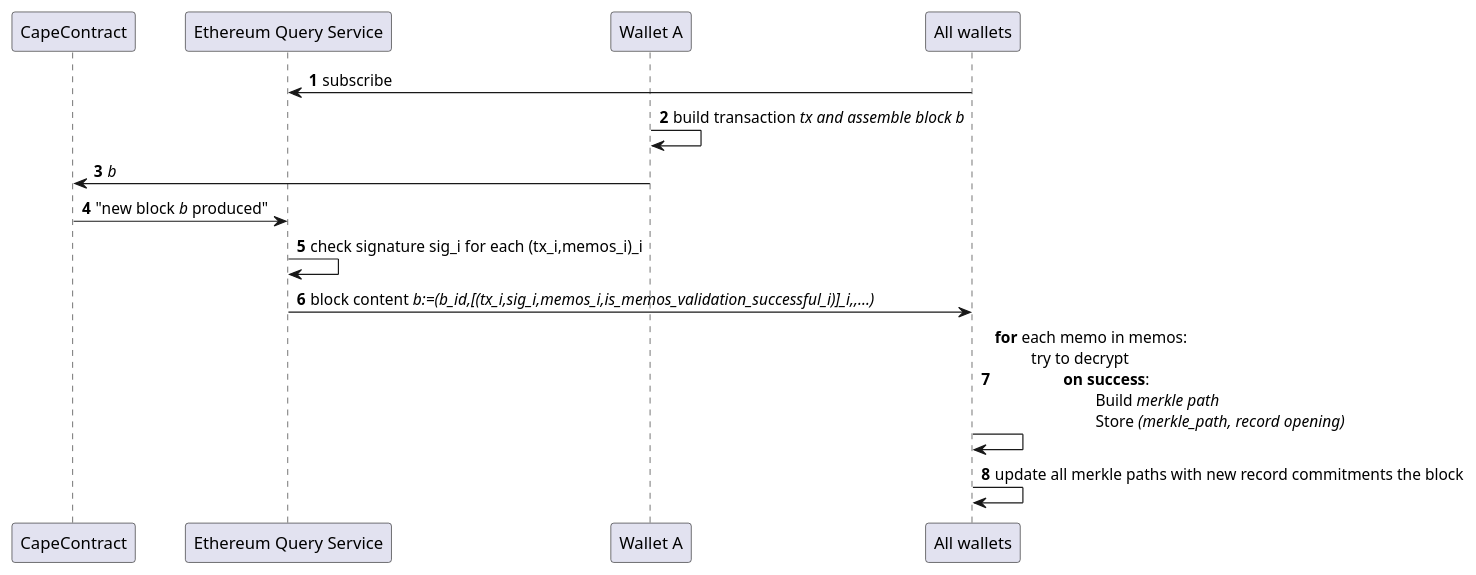
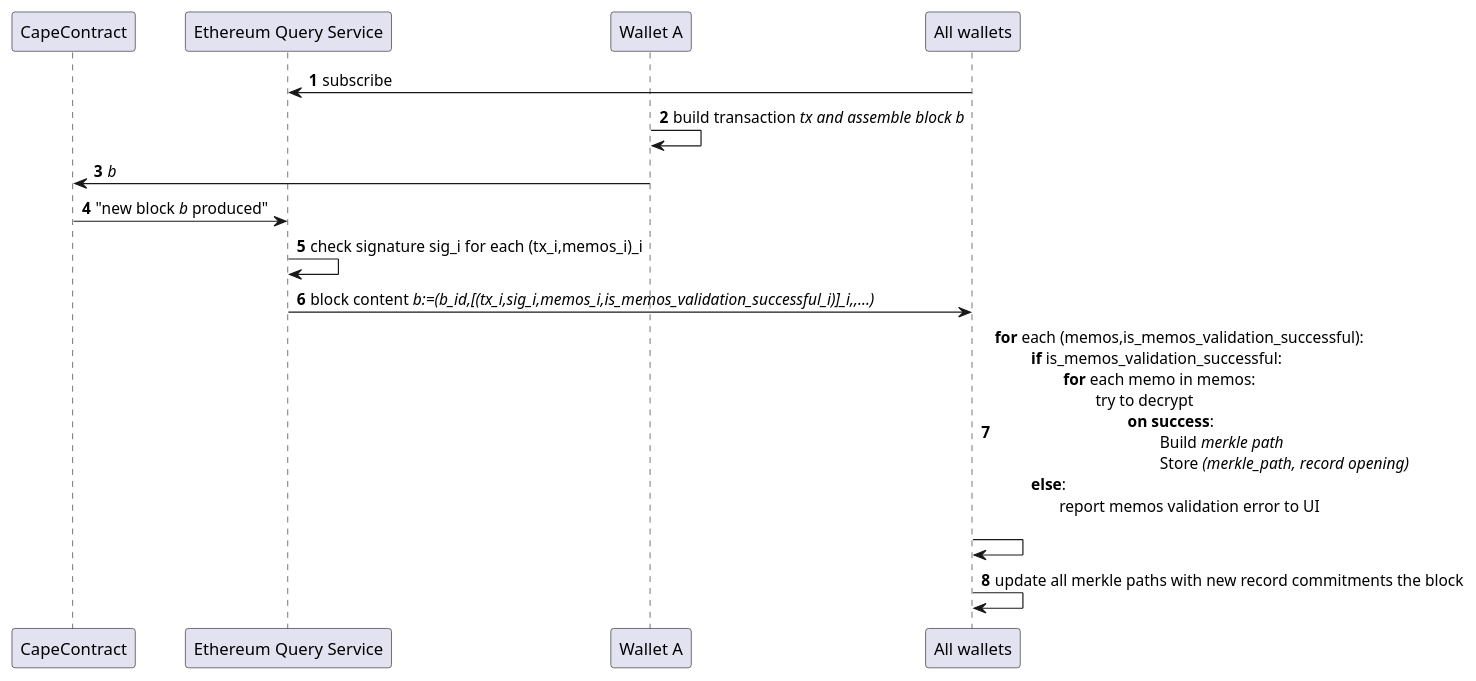
Before and after one commit to EspressoSystems/cape: the diagram in doc/notion/handling_memos_in_call_data_seq_diagram.puml, drawn with PlantUML.

Commit message:
Add verification of the memos by the wallets.

```diff
--- a/doc/notion/handling_memos_in_call_data_seq_diagram.puml
+++ b/doc/notion/handling_memos_in_call_data_seq_diagram.puml
@@ -1,16 +1,16 @@
 @startuml
 autonumber
 participant "CapeContract" as C
 participant "Ethereum Query Service" as EQS
 participant "Wallet A" as W_A
 participant "All wallets" as W_B
 
 W_B -> EQS: subscribe
 W_A -> W_A: build transaction <i>tx<i> and assemble block <i>b</i>
 W_A -> C: <i>b</i>
 C -> EQS: "new block <i>b</i> produced"
 EQS ->EQS: check signature sig_i for each (tx_i,memos_i)_i
 EQS -> W_B: block content <i>b:=(b_id,[(tx_i,sig_i,memos_i,is_memos_validation_successful_i)]_i,,...)</i>
-W_B -> W_B: <b>for</b> each memo in memos: \n \t try to decrypt \n  \t\t <b>on success</b>: \n \t\t\t Build <i>merkle path</i> \n \t\t\t Store <i>(merkle_path, record opening)</i>
+W_B -> W_B: <b>for</b> each (memos,is_memos_validation_successful): \n \t <b>if</b> is_memos_validation_successful: \n  \t\t <b>for</b> each memo in memos: \n \t\t\t try to decrypt \n  \t\t\t\t <b>on success</b>: \n \t\t\t\t\t Build <i>merkle path</i> \n \t\t\t\t\t Store <i>(merkle_path, record opening)</i> \n\t <b>else</b>: \n \t\treport memos validation error to UI\n
 W_B -> W_B: update all merkle paths with new record commitments the block
 @enduml
```
